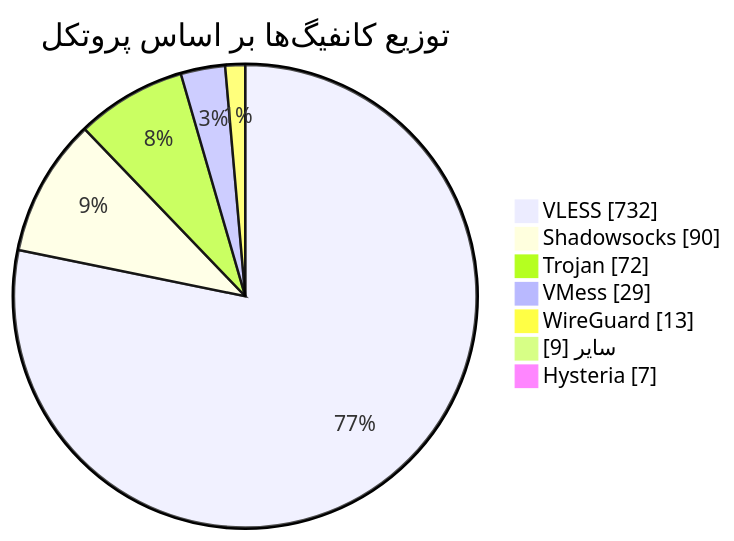
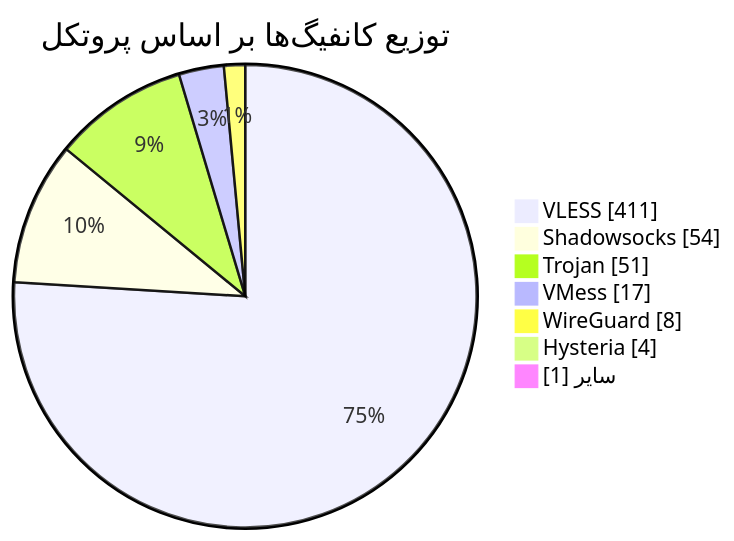
The diagram in README.md (Arian-Alijani/Somthing), drawn with Mermaid before and after one commit. The commit also changed other lines of this file and 21 other files, not shown here.

````diff
--- a/README.md
+++ b/README.md
@@ -49,11 +49,11 @@
 ```mermaid
 pie showData
     title توزیع کانفیگ‌ها بر اساس پروتکل
-    "VLESS" : 732
-    "Shadowsocks" : 90
-    "Trojan" : 72
-    "VMess" : 29
-    "WireGuard" : 13
-    "سایر" : 9
-    "Hysteria" : 7
+    "VLESS" : 411
+    "Shadowsocks" : 54
+    "Trojan" : 51
+    "VMess" : 17
+    "WireGuard" : 8
+    "Hysteria" : 4
+    "سایر" : 1
 ```
````
